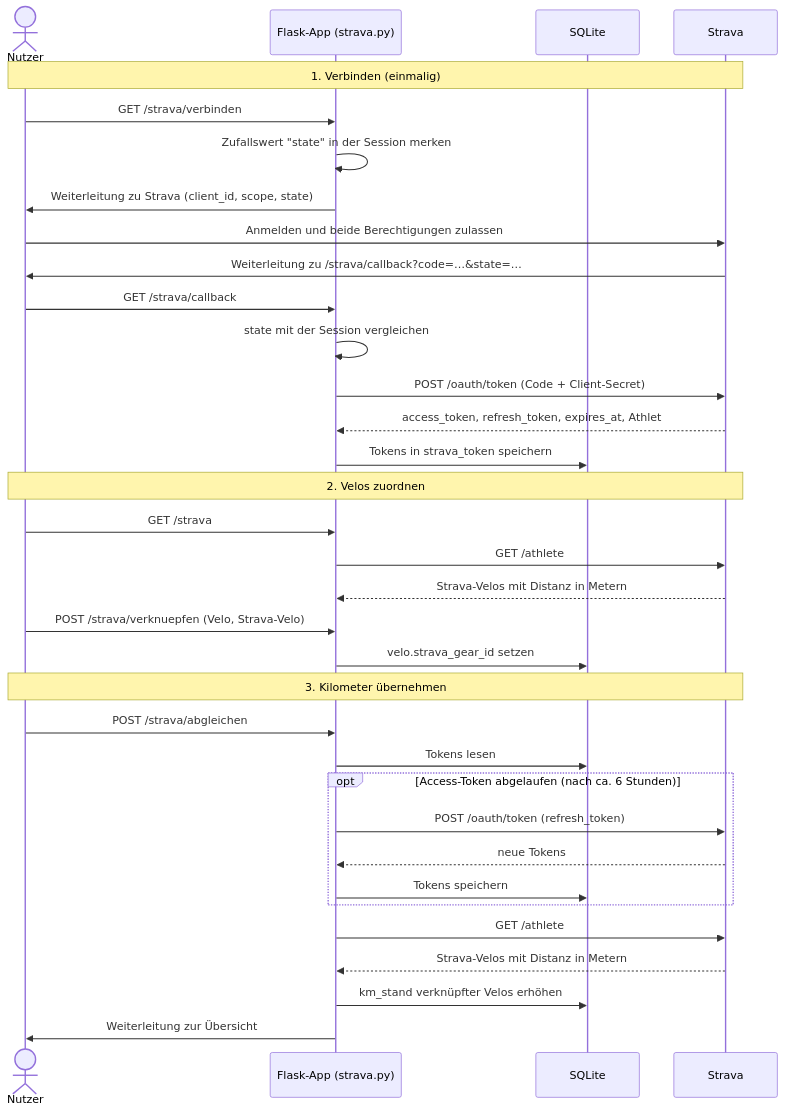
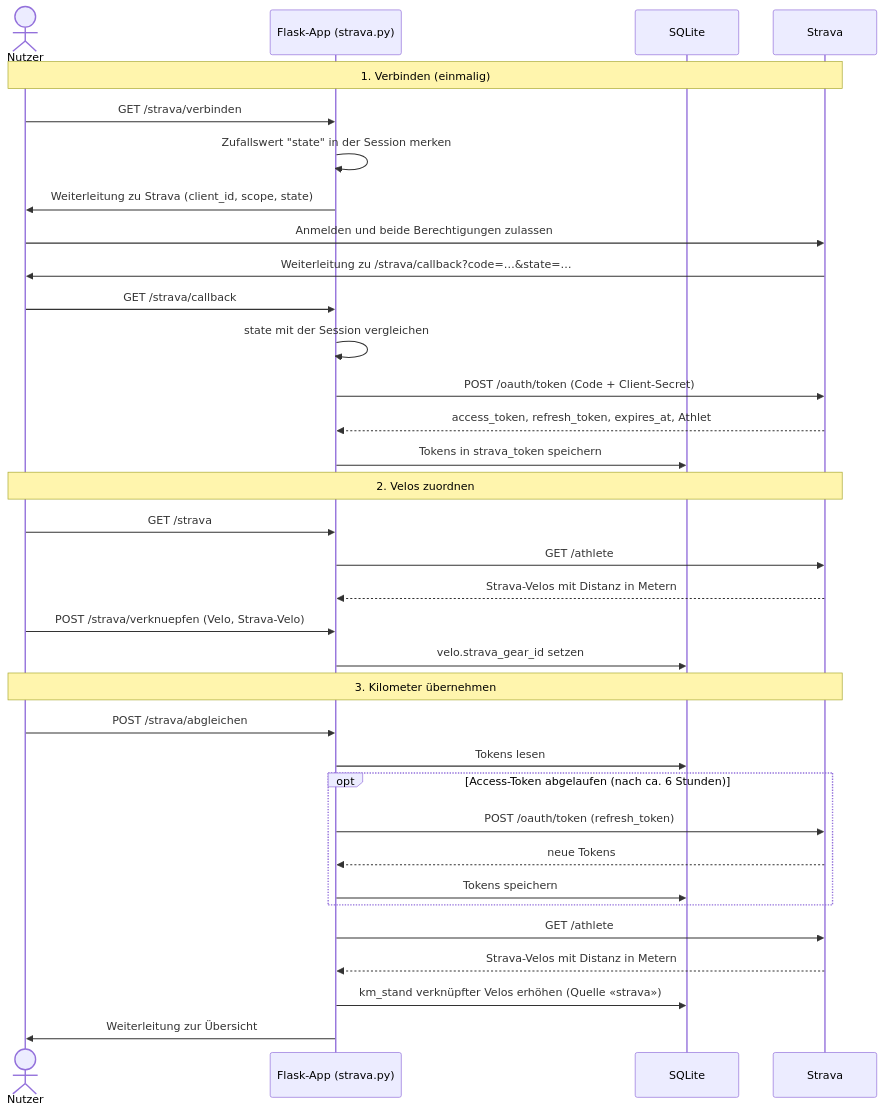
One commit to GNUEK/py_webapp_bern changed the fifth of 5 diagrams in docs/architektur.md. Above: the diagram before and after it, drawn with Mermaid. The commit also changed other lines of this file and 9 other files, not shown here.

````diff
--- a/docs/architektur.md
+++ b/docs/architektur.md
@@ -187,39 +189,39 @@
 ```mermaid
 sequenceDiagram
     actor N as Nutzer
     participant A as Flask-App (strava.py)
     participant D as SQLite
     participant S as Strava
 
     Note over N,S: 1. Verbinden (einmalig)
     N->>A: GET /strava/verbinden
     A->>A: Zufallswert "state" in der Session merken
     A->>N: Weiterleitung zu Strava (client_id, scope, state)
     N->>S: Anmelden und beide Berechtigungen zulassen
     S->>N: Weiterleitung zu /strava/callback?code=…&state=…
     N->>A: GET /strava/callback
     A->>A: state mit der Session vergleichen
     A->>S: POST /oauth/token (Code + Client-Secret)
     S-->>A: access_token, refresh_token, expires_at, Athlet
     A->>D: Tokens in strava_token speichern
 
     Note over N,S: 2. Velos zuordnen
     N->>A: GET /strava
     A->>S: GET /athlete
     S-->>A: Strava-Velos mit Distanz in Metern
     N->>A: POST /strava/verknuepfen (Velo, Strava-Velo)
     A->>D: velo.strava_gear_id setzen
 
     Note over N,S: 3. Kilometer übernehmen
     N->>A: POST /strava/abgleichen
     A->>D: Tokens lesen
     opt Access-Token abgelaufen (nach ca. 6 Stunden)
         A->>S: POST /oauth/token (refresh_token)
         S-->>A: neue Tokens
         A->>D: Tokens speichern
     end
     A->>S: GET /athlete
     S-->>A: Strava-Velos mit Distanz in Metern
-    A->>D: km_stand verknüpfter Velos erhöhen
+    A->>D: km_stand verknüpfter Velos erhöhen (Quelle «strava»)
     A->>N: Weiterleitung zur Übersicht
 ```
````
